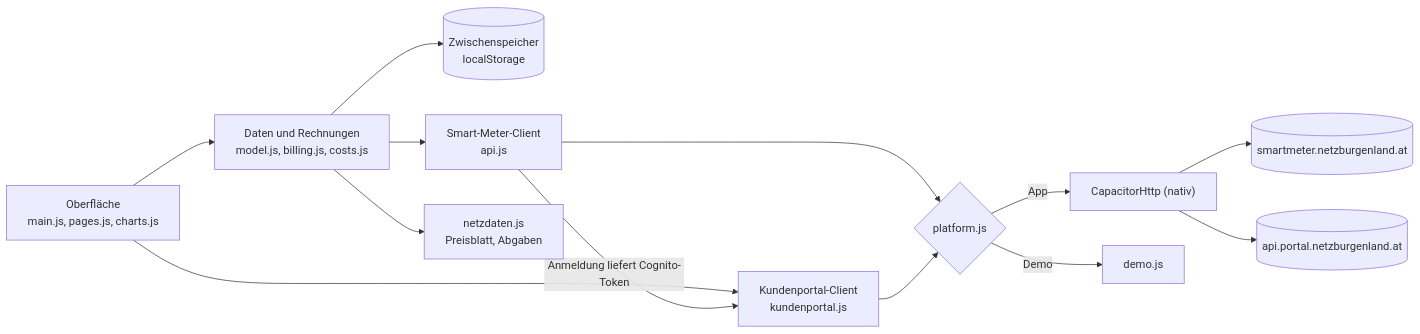
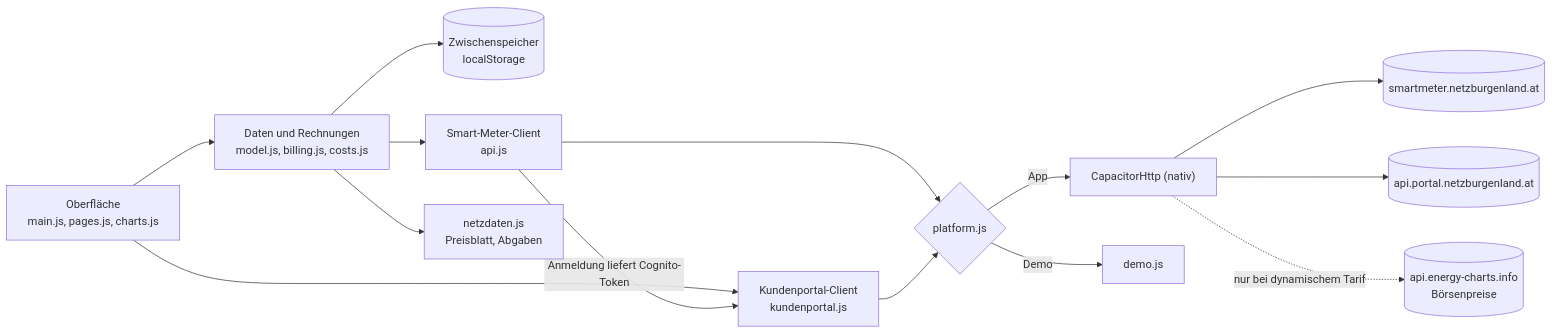
Before and after one commit to xionix3/netzblick: the diagram in README.md, drawn with Mermaid. The commit also changed other lines of this file and 37 other files, not shown here.

````diff
--- a/README.md
+++ b/README.md
@@ -246,15 +248,16 @@
 ```mermaid
 flowchart LR
   UI["Oberfläche<br/>main.js, pages.js, charts.js"] --> M["Daten und Rechnungen<br/>model.js, billing.js, costs.js"]
   M --> C[("Zwischenspeicher<br/>localStorage")]
   M --> A["Smart-Meter-Client<br/>api.js"]
   UI --> K["Kundenportal-Client<br/>kundenportal.js"]
   A -- "Anmeldung liefert Cognito-Token" --> K
   A --> H{"platform.js"}
   K --> H
   H -- "App" --> N["CapacitorHttp (nativ)"]
   N --> P[("smartmeter.netzburgenland.at")]
   N --> Q[("api.portal.netzburgenland.at")]
+  N -. "nur bei dynamischem Tarif" .-> S[("api.energy-charts.info<br/>Börsenpreise")]
   H -- "Demo" --> D["demo.js"]
   M --> R["netzdaten.js<br/>Preisblatt, Abgaben"]
 ```
````
